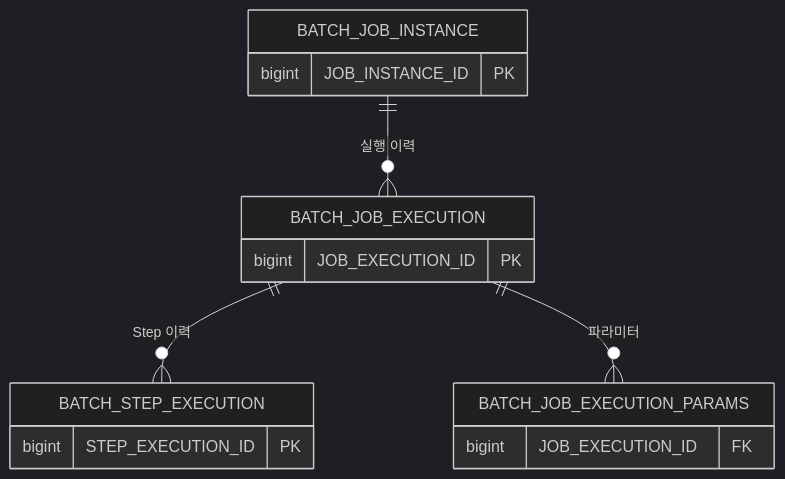
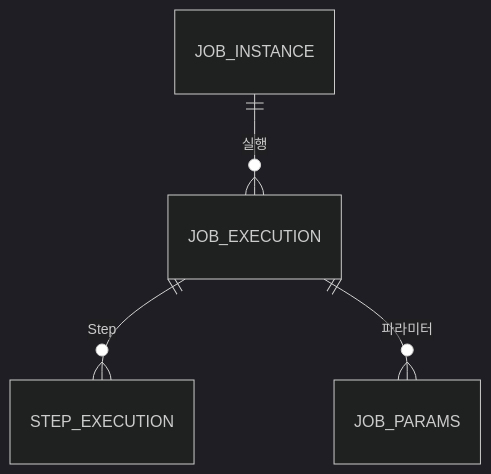
One commit to yjkim2015/yjkim2015.github.io changed the fourth of 5 diagrams in _posts/batch/2026-05-03-spring-batch-fundamentals.md. Above: the diagram before and after it, drawn with Mermaid (dark theme). The commit also changed other lines of this file and 163 other files, not shown here.

First line of the commit message:
Mermaid 300개 블록 내용 축소: 5노드 5엣지 이하, 의미 있는 약어

````diff
--- a/_posts/batch/2026-05-03-spring-batch-fundamentals.md
+++ b/_posts/batch/2026-05-03-spring-batch-fundamentals.md
@@ -180,10 +180,6 @@
 ```mermaid
 erDiagram
-    BATCH_JOB_INSTANCE { bigint JOB_INSTANCE_ID PK }
-    BATCH_JOB_EXECUTION { bigint JOB_EXECUTION_ID PK }
-    BATCH_STEP_EXECUTION { bigint STEP_EXECUTION_ID PK }
-    BATCH_JOB_EXECUTION_PARAMS { bigint JOB_EXECUTION_ID FK }
-    BATCH_JOB_INSTANCE ||--o{ BATCH_JOB_EXECUTION : "실행 이력"
-    BATCH_JOB_EXECUTION ||--o{ BATCH_STEP_EXECUTION : "Step 이력"
-    BATCH_JOB_EXECUTION ||--o{ BATCH_JOB_EXECUTION_PARAMS : "파라미터"
+    JOB_INSTANCE ||--o{ JOB_EXECUTION : "실행"
+    JOB_EXECUTION ||--o{ STEP_EXECUTION : "Step"
+    JOB_EXECUTION ||--o{ JOB_PARAMS : "파라미터"
 ```
````
